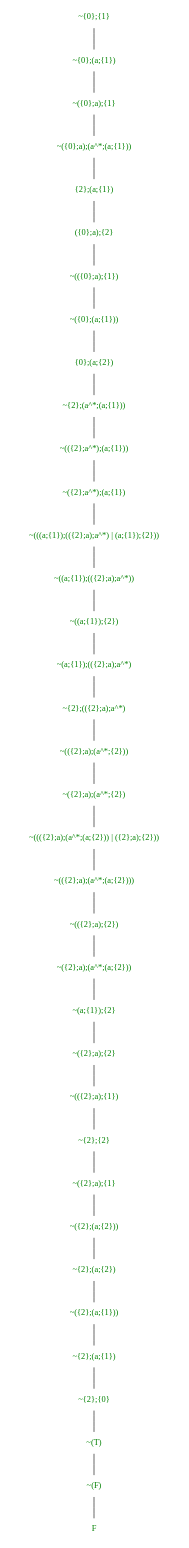
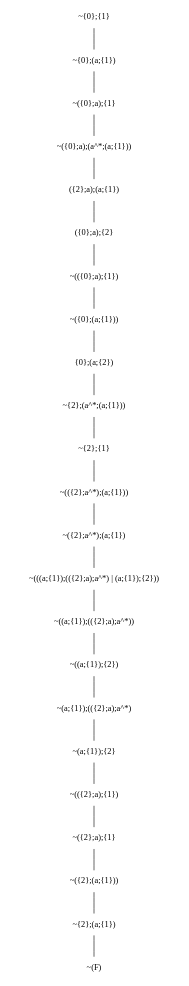
Before and after one commit to jangreen/rat: the diagram in output/t.dot, drawn with Graphviz. The commit also changed 7 other files, not shown here.

```diff
--- a/output/t.dot
+++ b/output/t.dot
@@ -1,74 +1,48 @@
 graph {
 node[shape="plaintext"]
-N0x149f04a00[label="~{0};{1}", fontcolor=green];
-N0x149f04b20[label="~{0};(a;{1})", fontcolor=green];
-N0x149f052d0[label="~({0};a);{1}", fontcolor=green];
-N0x149f05480[label="~({0};a);(a^*;(a;{1}))", fontcolor=green];
-N0x149f05770[label="{2};(a;{1})", fontcolor=green];
-N0x149f040d0[label="({0};a);{2}", fontcolor=green];
-N0x149f04420[label="~(({0};a);{1})", fontcolor=green];
-N0x149f045c0[label="~({0};(a;{1}))", fontcolor=green];
-N0x149f04640[label="{0};(a;{2})", fontcolor=green];
-N0x149f05fa0[label="~{2};(a^*;(a;{1}))", fontcolor=green];
-N0x149f05b50[label="~(({2};a^*);(a;{1}))", fontcolor=green];
-N0x14b904640[label="~({2};a^*);(a;{1})", fontcolor=green];
-N0x14b904c30[label="~(((a;{1});(({2};a);a^*) | (a;{1});{2}))", fontcolor=green];
-N0x14b904f50[label="~((a;{1});(({2};a);a^*))", fontcolor=green];
-N0x14b905630[label="~((a;{1});{2})", fontcolor=green];
-N0x14b904310[label="~(a;{1});(({2};a);a^*)", fontcolor=green];
-N0x14b905460[label="~{2};(({2};a);a^*)", fontcolor=green];
-N0x14b905740[label="~(({2};a);(a^*;{2}))", fontcolor=green];
-N0x14b905bf0[label="~({2};a);(a^*;{2})", fontcolor=green];
-N0x14b906060[label="~((({2};a);(a^*;(a;{2})) | ({2};a);{2}))", fontcolor=green];
-N0x14b906370[label="~(({2};a);(a^*;(a;{2})))", fontcolor=green];
-N0x14b906a20[label="~(({2};a);{2})", fontcolor=green];
-N0x14b906540[label="~({2};a);(a^*;(a;{2}))", fontcolor=green];
-N0x14b906730[label="~(a;{1});{2}", fontcolor=green];
-N0x14b906660[label="~({2};a);{2}", fontcolor=green];
-N0x14b9067c0[label="~(({2};a);{1})", fontcolor=green];
-N0x14b906d40[label="~{2};{2}", fontcolor=green];
-N0x14b9043a0[label="~({2};a);{1}", fontcolor=green];
-N0x14b906eb0[label="~({2};(a;{2}))", fontcolor=green];
-N0x14b9071b0[label="~{2};(a;{2})", fontcolor=green];
-N0x14b907060[label="~({2};(a;{1}))", fontcolor=green];
-N0x14b907510[label="~{2};(a;{1})", fontcolor=green];
-N0x14b9074b0[label="~{2};{0}", fontcolor=green];
-N0x14b904350[label="~(T)", fontcolor=green];
-N0x149f04890[label="~(F)", fontcolor=green];
-N0x149f04680[label="F", fontcolor=green];
-N0x149f04890 -- N0x149f04680;
-N0x14b904350 -- N0x149f04890;
-N0x14b9074b0 -- N0x14b904350;
-N0x14b907510 -- N0x14b9074b0;
-N0x14b907060 -- N0x14b907510;
-N0x14b9071b0 -- N0x14b907060;
-N0x14b906eb0 -- N0x14b9071b0;
-N0x14b9043a0 -- N0x14b906eb0;
-N0x14b906d40 -- N0x14b9043a0;
-N0x14b9067c0 -- N0x14b906d40;
-N0x14b906660 -- N0x14b9067c0;
-N0x14b906730 -- N0x14b906660;
-N0x14b906540 -- N0x14b906730;
-N0x14b906a20 -- N0x14b906540;
-N0x14b906370 -- N0x14b906a20;
-N0x14b906060 -- N0x14b906370;
-N0x14b905bf0 -- N0x14b906060;
-N0x14b905740 -- N0x14b905bf0;
-N0x14b905460 -- N0x14b905740;
-N0x14b904310 -- N0x14b905460;
-N0x14b905630 -- N0x14b904310;
-N0x14b904f50 -- N0x14b905630;
-N0x14b904c30 -- N0x14b904f50;
-N0x14b904640 -- N0x14b904c30;
-N0x149f05b50 -- N0x14b904640;
-N0x149f05fa0 -- N0x149f05b50;
-N0x149f04640 -- N0x149f05fa0;
-N0x149f045c0 -- N0x149f04640;
-N0x149f04420 -- N0x149f045c0;
-N0x149f040d0 -- N0x149f04420;
-N0x149f05770 -- N0x149f040d0;
-N0x149f05480 -- N0x149f05770;
-N0x149f052d0 -- N0x149f05480;
-N0x149f04b20 -- N0x149f052d0;
-N0x149f04a00 -- N0x149f04b20;
+N0x1240049f0[label="~{0};{1}"];
+N0x124004b10[label="~{0};(a;{1})"];
+N0x124004cc0[label="~({0};a);{1}"];
+N0x124004e70[label="~({0};a);(a^*;(a;{1}))"];
+N0x124005160[label="({2};a);(a;{1})"];
+N0x124004480[label="({0};a);{2}"];
+N0x1240046d0[label="~(({0};a);{1})"];
+N0x1240042f0[label="~({0};(a;{1}))"];
+N0x124004330[label="{0};(a;{2})"];
+N0x124005980[label="~{2};(a^*;(a;{1}))"];
+N0x124005790[label="~{2};{1}"];
+N0x124005b20[label="~(({2};a^*);(a;{1}))"];
+N0x1240069b0[label="~({2};a^*);(a;{1})"];
+N0x124006e50[label="~(((a;{1});(({2};a);a^*) | (a;{1});{2}))"];
+N0x124007170[label="~((a;{1});(({2};a);a^*))"];
+N0x124007850[label="~((a;{1});{2})"];
+N0x124006820[label="~(a;{1});(({2};a);a^*)"];
+N0x124007530[label="~(a;{1});{2}"];
+N0x124007570[label="~(({2};a);{1})"];
+N0x1240079c0[label="~({2};a);{1}"];
+N0x1240075b0[label="~({2};(a;{1}))"];
+N0x124007d10[label="~{2};(a;{1})"];
+N0x124006e90[label="~(F)"];
+N0x124007d10 -- N0x124006e90;
+N0x1240075b0 -- N0x124007d10;
+N0x1240079c0 -- N0x1240075b0;
+N0x124007570 -- N0x1240079c0;
+N0x124007530 -- N0x124007570;
+N0x124006820 -- N0x124007530;
+N0x124007850 -- N0x124006820;
+N0x124007170 -- N0x124007850;
+N0x124006e50 -- N0x124007170;
+N0x1240069b0 -- N0x124006e50;
+N0x124005b20 -- N0x1240069b0;
+N0x124005790 -- N0x124005b20;
+N0x124005980 -- N0x124005790;
+N0x124004330 -- N0x124005980;
+N0x1240042f0 -- N0x124004330;
+N0x1240046d0 -- N0x1240042f0;
+N0x124004480 -- N0x1240046d0;
+N0x124005160 -- N0x124004480;
+N0x124004e70 -- N0x124005160;
+N0x124004cc0 -- N0x124004e70;
+N0x124004b10 -- N0x124004cc0;
+N0x1240049f0 -- N0x124004b10;
 }
```
